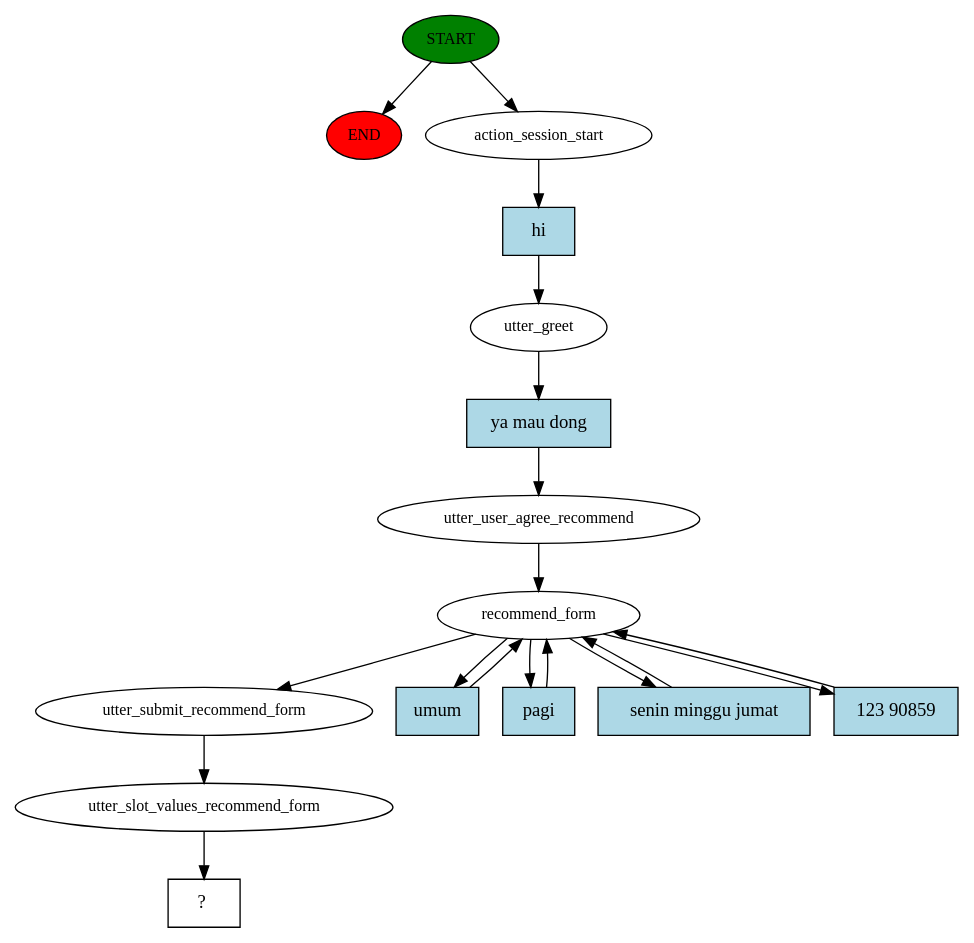
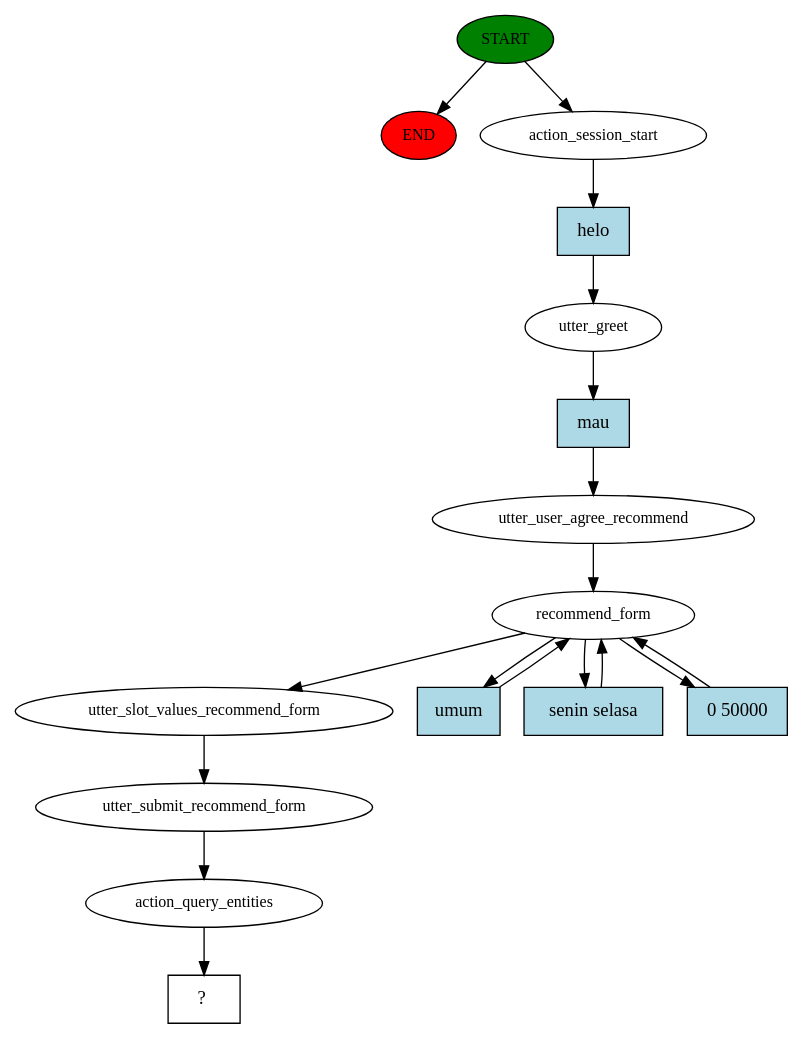
One commit to reykim7124/chatbot_recsys_museum changed the diagram in story_graph.dot. Above: the diagram before and after it, drawn with Graphviz. The commit also changed 23 other files, not shown here.

Commit message:
able to query knowledge graph

```diff
--- a/story_graph.dot
+++ b/story_graph.dot
@@ -1,35 +1,34 @@
 digraph  {
 0 [class="start active", fillcolor=green, fontsize=12, label=START, style=filled];
 "-1" [class=end, fillcolor=red, fontsize=12, label=END, style=filled];
 1 [class=active, fontsize=12, label=action_session_start];
 2 [class=active, fontsize=12, label=utter_greet];
 3 [class=active, fontsize=12, label=utter_user_agree_recommend];
 4 [class=active, fontsize=12, label=recommend_form];
+8 [class=active, fontsize=12, label=utter_slot_values_recommend_form];
 9 [class=active, fontsize=12, label=utter_submit_recommend_form];
-10 [class=active, fontsize=12, label=utter_slot_values_recommend_form];
+10 [class=active, fontsize=12, label=action_query_entities];
 11 [class="intent dashed active", label="  ?  ", shape=rect];
-12 [class="intent active", fillcolor=lightblue, label=hi, shape=rect, style=filled];
-13 [class="intent active", fillcolor=lightblue, label="ya mau dong", shape=rect, style=filled];
+12 [class="intent active", fillcolor=lightblue, label=helo, shape=rect, style=filled];
+13 [class="intent active", fillcolor=lightblue, label=mau, shape=rect, style=filled];
 14 [class="intent active", fillcolor=lightblue, label=umum, shape=rect, style=filled];
-15 [class="intent active", fillcolor=lightblue, label=pagi, shape=rect, style=filled];
-16 [class="intent active", fillcolor=lightblue, label="senin minggu jumat", shape=rect, style=filled];
-17 [class="intent active", fillcolor=lightblue, label="123 90859", shape=rect, style=filled];
+15 [class="intent active", fillcolor=lightblue, label="senin selasa", shape=rect, style=filled];
+16 [class="intent active", fillcolor=lightblue, label="0 50000", shape=rect, style=filled];
 0 -> "-1"  [class="", key=NONE, label=""];
 0 -> 1  [class=active, key=NONE, label=""];
 1 -> 12  [class=active, key=0];
 2 -> 13  [class=active, key=0];
 3 -> 4  [class=active, key=NONE, label=""];
-4 -> 9  [class=active, key=NONE, label=""];
+4 -> 8  [class=active, key=NONE, label=""];
 4 -> 14  [class=active, key=0];
 4 -> 15  [class=active, key=0];
 4 -> 16  [class=active, key=0];
-4 -> 17  [class=active, key=0];
+8 -> 9  [class=active, key=NONE, label=""];
 9 -> 10  [class=active, key=NONE, label=""];
 10 -> 11  [class=active, key=NONE, label=""];
 12 -> 2  [class=active, key=0];
 13 -> 3  [class=active, key=0];
 14 -> 4  [class=active, key=0];
 15 -> 4  [class=active, key=0];
 16 -> 4  [class=active, key=0];
-17 -> 4  [class=active, key=0];
 }
```
